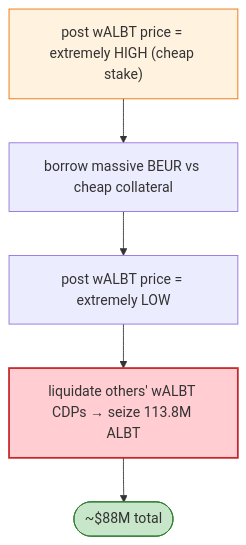
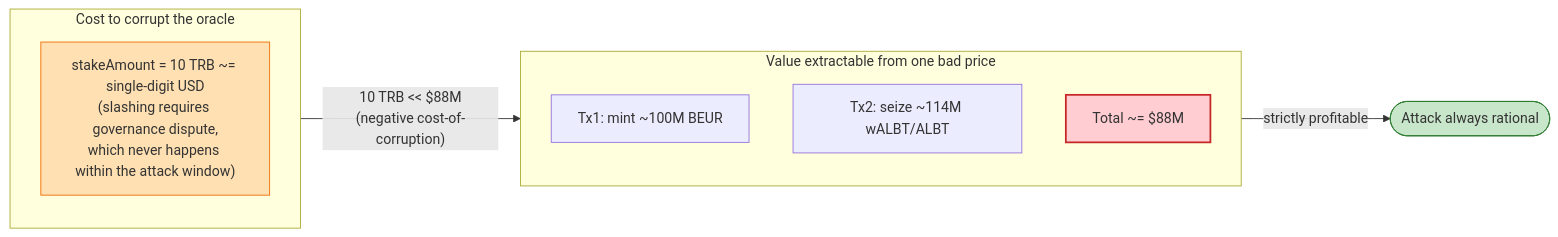
One commit to sanbir/evm-hack-registry changed the fourth of 4 diagrams in 2023-02-BonqDAO_exp/BonqDAO_exp.md. Above: the diagram before and after it, drawn with Mermaid. The commit also changed other lines of this file and 52 other files, not shown here.

````diff
--- a/2023-02-BonqDAO_exp/BonqDAO_exp.md
+++ b/2023-02-BonqDAO_exp/BonqDAO_exp.md
@@ -46,11 +407,17 @@
 ```mermaid
-flowchart TD
-    H["post wALBT price = extremely HIGH (cheap stake)"] --> B["borrow massive BEUR vs cheap collateral"]
-    B --> L["post wALBT price = extremely LOW"]
-    L --> LIQ["liquidate others' wALBT CDPs → seize 113.8M ALBT"]
-    LIQ --> OUT(["~$88M total"])
+flowchart LR
+    subgraph Cost["Cost to corrupt the oracle"]
+        C["stakeAmount = 10 TRB ~= single-digit USD<br/>(slashing requires governance dispute,<br/>which never happens within the attack window)"]
+    end
+    subgraph Payoff["Value extractable from one bad price"]
+        P1["Tx1: mint ~100M BEUR"]
+        P2["Tx2: seize ~114M wALBT/ALBT"]
+        P["Total ~= $88M"]
+    end
+    Cost -->|"10 TRB << $88M<br/>(negative cost-of-corruption)"| Payoff
+    Payoff -->|"strictly profitable"| Drain(["Attack always rational"])
 
-    style H fill:#fff3e0,stroke:#ef6c00
-    style LIQ fill:#ffcdd2,stroke:#c62828,stroke-width:2px
-    style OUT fill:#c8e6c9,stroke:#2e7d32
+    style C fill:#ffe0b2,stroke:#ef6c00
+    style P fill:#ffcdd2,stroke:#c62828,stroke-width:2px
+    style Drain fill:#c8e6c9,stroke:#2e7d32
 ```
````
